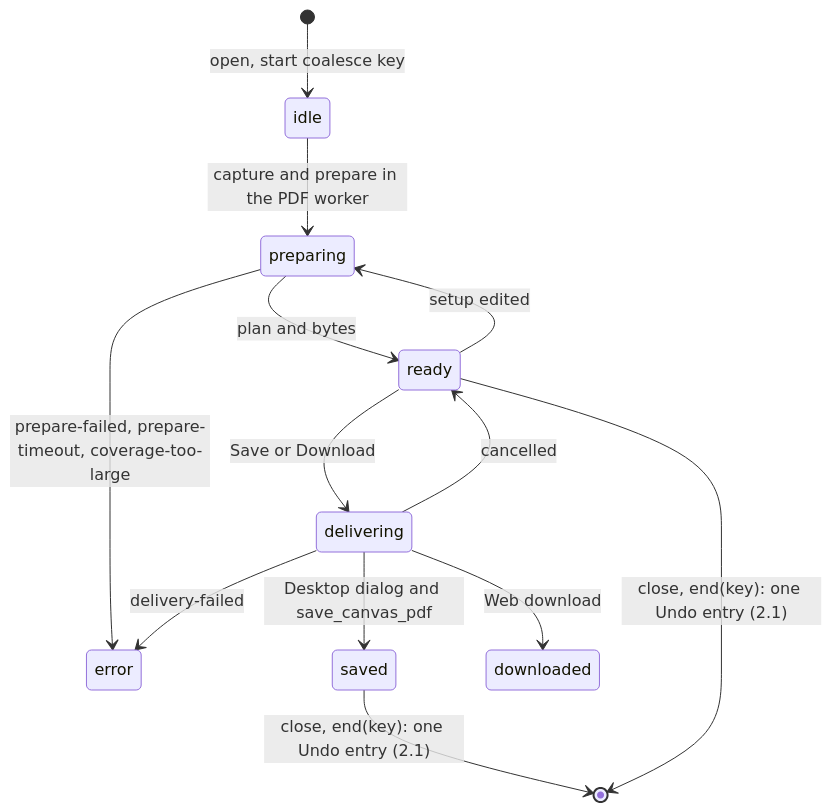
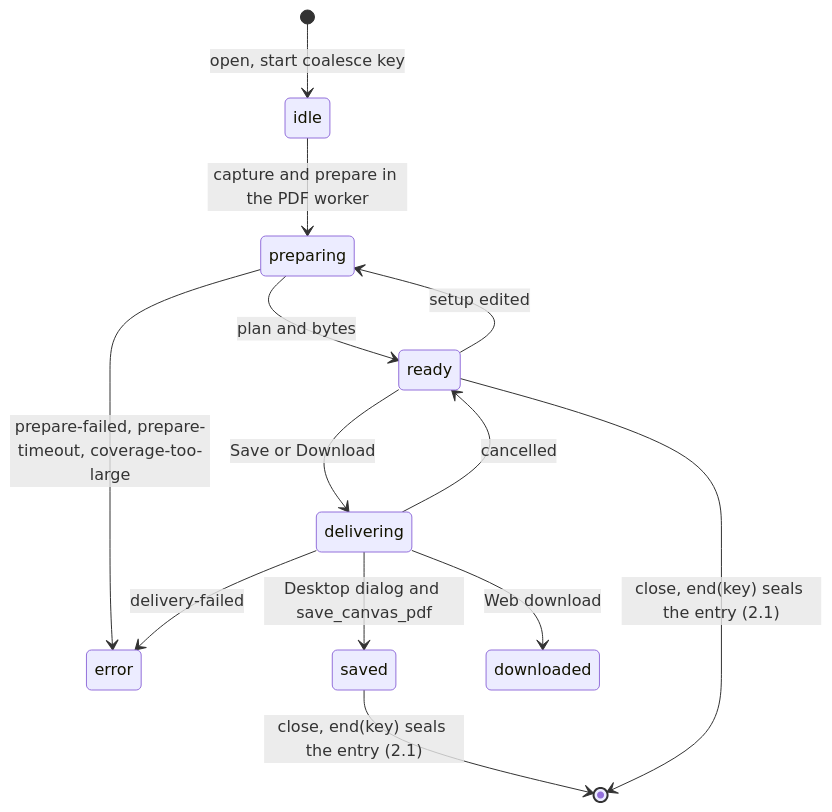
The tenth of 15 diagrams in docs/architecture/states.md (opencanopi/canopi), drawn with Mermaid before and after one commit. The commit also changed other lines of this file and 27 other files, not shown here.

Commit message:
docs: state the prototype outcomes in the architecture model and link it from AGENTS.md

````diff
--- a/docs/architecture/states.md
+++ b/docs/architecture/states.md
@@ -231,15 +235,15 @@
 ```mermaid
 stateDiagram-v2
   [*] --> idle: open, start coalesce key
   idle --> preparing: capture and prepare in the PDF worker
   preparing --> ready: plan and bytes
   preparing --> error: prepare-failed, prepare-timeout, coverage-too-large
   ready --> preparing: setup edited
   ready --> delivering: Save or Download
   delivering --> saved: Desktop dialog and save_canvas_pdf
   delivering --> downloaded: Web download
   delivering --> ready: cancelled
   delivering --> error: delivery-failed
-  saved --> [*]: close, end(key): one Undo entry (2.1)
-  ready --> [*]: close, end(key): one Undo entry (2.1)
+  saved --> [*]: close, end(key) seals the entry (2.1)
+  ready --> [*]: close, end(key) seals the entry (2.1)
 ```
````
